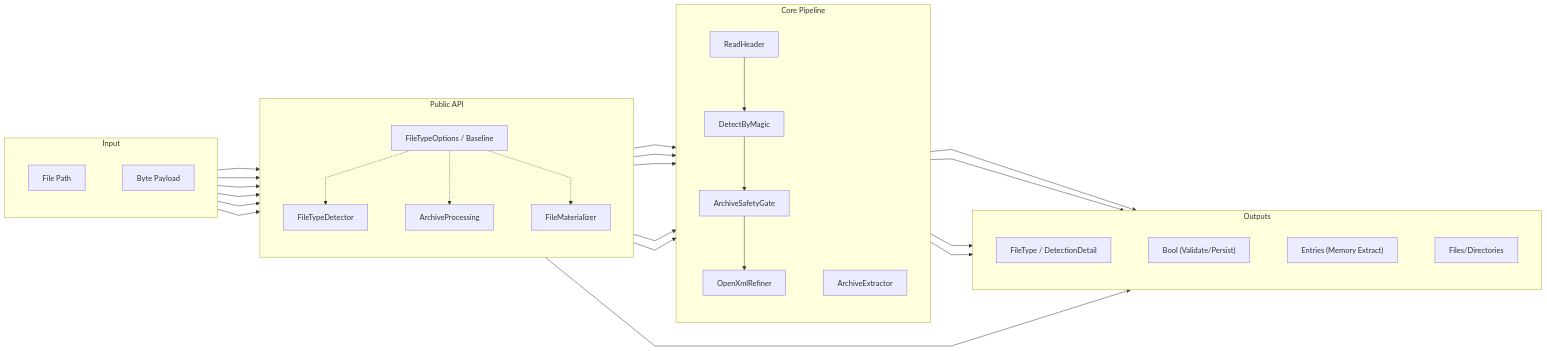
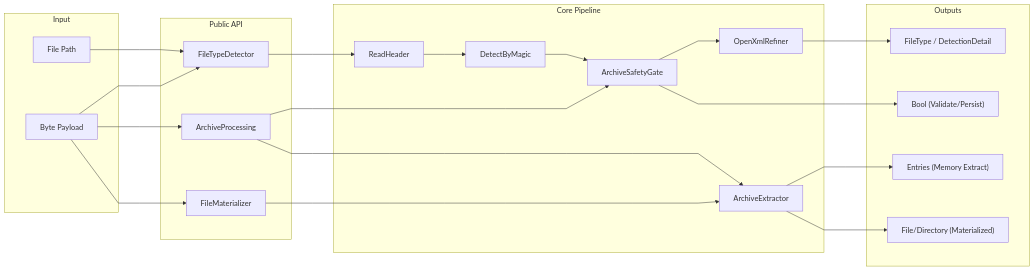
The second of 10 diagrams in docs/02_ARCHITECTURE_AND_FLOWS.md (tomtastisch/FileClassifier), drawn with Mermaid before and after one commit. The commit also changed other lines of this file, not shown here.

Commit message:
Docs: simplify architecture overview diagram and add compact decision view

````diff
--- a/docs/02_ARCHITECTURE_AND_FLOWS.md
+++ b/docs/02_ARCHITECTURE_AND_FLOWS.md
@@ -51,52 +50,39 @@
 ```mermaid
 %%{init: {"flowchart": {"curve": "linear", "nodeSpacing": 80, "rankSpacing": 90}, "themeVariables": {"fontSize": "16px"}}}%%
 flowchart LR
   subgraph INPUT["Input"]
-    direction TB
-    INP["File Path"]
-    INB["Byte Payload"]
+    FP["File Path"]
+    BP["Byte Payload"]
   end
 
   subgraph API["Public API"]
-    direction TB
-    A1["FileTypeDetector"]
-    A2["ArchiveProcessing"]
-    A3["FileMaterializer"]
-    A4["FileTypeOptions / Baseline"]
+    FTD["FileTypeDetector"]
+    AP["ArchiveProcessing"]
+    FM["FileMaterializer"]
   end
 
   subgraph CORE["Core Pipeline"]
-    direction TB
-    C1["ReadHeader"]
-    C1B["DetectByMagic"]
-    C2["ArchiveSafetyGate"]
-    C3["OpenXmlRefiner"]
-    C4["ArchiveExtractor"]
+    RH["ReadHeader"]
+    DM["DetectByMagic"]
+    ASG["ArchiveSafetyGate"]
+    OXR["OpenXmlRefiner"]
+    AX["ArchiveExtractor"]
   end
 
   subgraph OUT["Outputs"]
-    direction TB
-    O1["FileType / DetectionDetail"]
-    O2["Bool (Validate/Persist)"]
-    O3["Entries (Memory Extract)"]
-    O4["Files/Directories"]
+    T["FileType / DetectionDetail"]
+    V["Bool (Validate/Persist)"]
+    E["Entries (Memory Extract)"]
+    F["File/Directory (Materialized)"]
   end
 
-  INP --> A1
-  INB --> A1
-  INP --> A2
-  INB --> A2
-  INP --> A3
-  INB --> A3
+  FP --> FTD
+  BP --> FTD
+  BP --> AP
+  BP --> FM
 
-  A1 --> C1 --> C1B --> C2 --> C3 --> O1
-  A2 --> C2 --> O2
-  A2 --> C4 --> O3
-  A3 --> C2
-  A3 --> C4 --> O4
-  A3 --> O2
-
-  A4 -.-> A1
-  A4 -.-> A2
-  A4 -.-> A3
+  FTD --> RH --> DM --> ASG --> OXR --> T
+  AP --> ASG --> V
+  AP --> AX --> E
+  FM --> AX --> F
 ```
````
